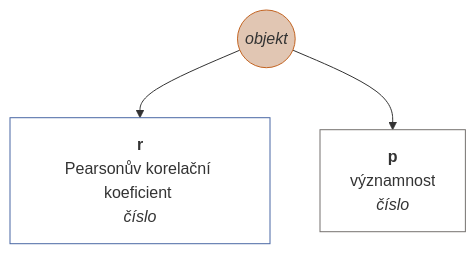
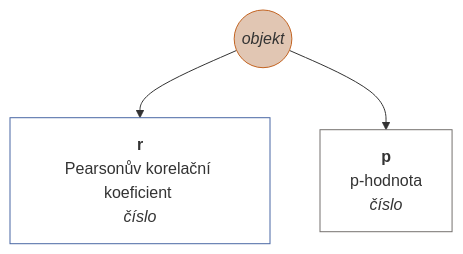
Diagram 26 of 38 in docs/cs-CZ.md (muzikp/retusa), drawn with Mermaid before and after one commit. The commit also changed other lines of this file and 8 other files, not shown here.

````diff
--- a/docs/cs-CZ.md
+++ b/docs/cs-CZ.md
@@ -922,13 +922,13 @@
 ```mermaid
 graph TD
 correlPearson((<i>objekt</i>))
 style correlPearson fill:#E1C6B3;
 style correlPearson stroke:#C36422;
 correlPearson --> r[<b>r</b><br>Pearsonův korelační koeficient <br><i>číslo</i>]
 style r fill:#FFFFFF;
 style r stroke:#4967A4;
-correlPearson --> p[<b>p</b><br>významnost <br><i>číslo</i>]
+correlPearson --> p[<b>p</b><br>p-hodnota <br><i>číslo</i>]
 style p fill:#FFFFFF;
 style p stroke:#75716F;
 
 ```
````
